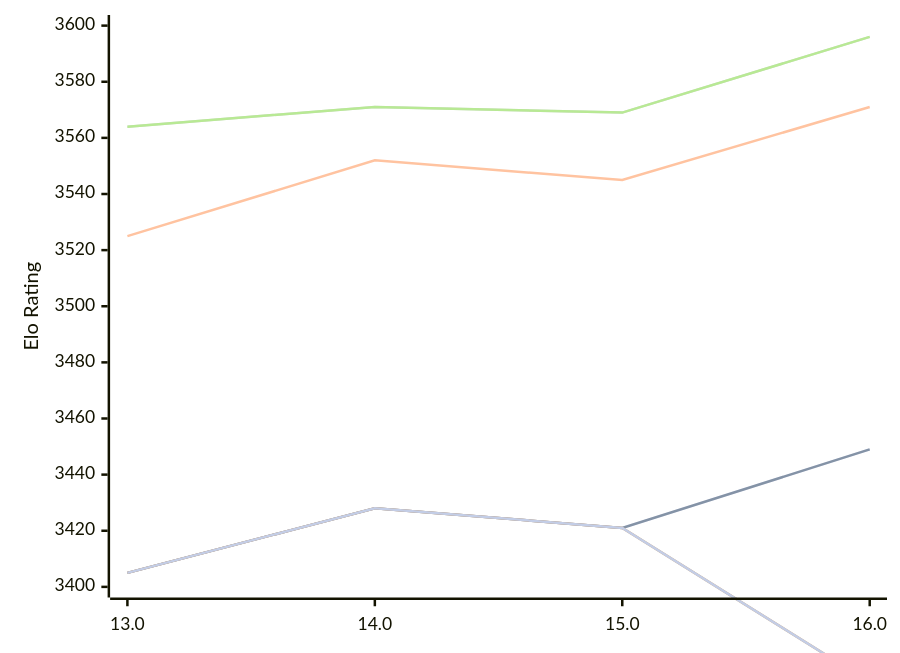
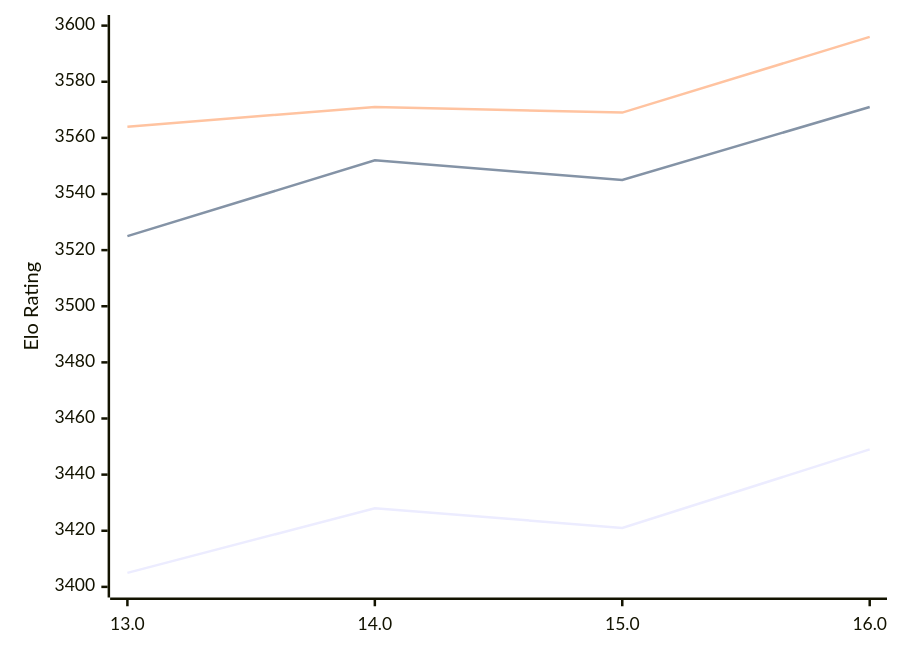
One commit to computer-chess-index/cci changed the diagram in engines/Obsidian.md. Above: the diagram before and after it, drawn with Mermaid. The commit also changed other lines of this file, not shown here.

````diff
--- a/engines/Obsidian.md
+++ b/engines/Obsidian.md
@@ -50,13 +50,9 @@
 ```mermaid
 %%{init: {"theme":"base","themeVariables":{"seriesColors:['#a3a3a3','#222221','#faa371']}}}%%
 xychart-beta
   x-axis ["13.0", "14.0", "15.0", "16.0"]
   y-axis "Elo Rating" 3400 --> 3600
-  line "" [3405, 3428, 3421, 3449]
   line "T1: STC (8.0+0.08s)" [3405, 3428, 3421, 3449]
   line "T1: LTC (60.0+0.60s)" [3525, 3552, 3545, 3571]
-  line "" [3564, 3571, 3569, 3596]
   line "T1: VLTC (2m24s+1.12s)" [3564, 3571, 3569, 3596]
-  line "" [3405, 3428, 3421,3366]
-  line "E1: STC (8.0+0.08s)" [3405, 3428, 3421,3366]
 ```
````
